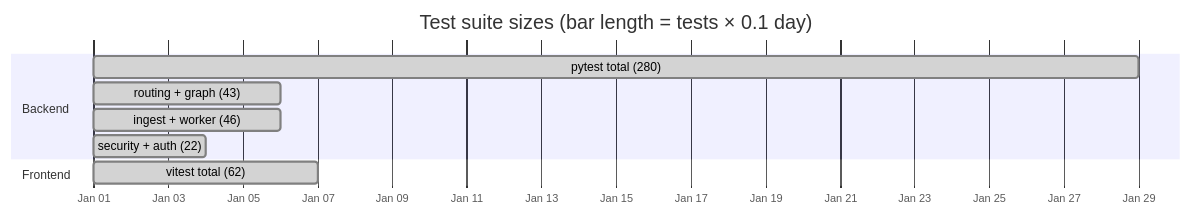
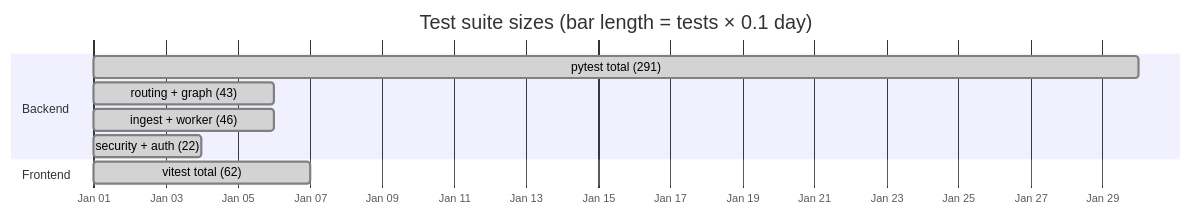
Before and after one commit to sheikhayaan/AUTOPR: the sixth of 8 diagrams in README.md, drawn with Mermaid. The commit also changed other lines of this file and 12 other files, not shown here.

````diff
--- a/README.md
+++ b/README.md
@@ -820,13 +827,13 @@
 ```mermaid
 gantt
     title Test suite sizes (bar length = tests × 0.1 day)
     dateFormat YYYY-MM-DD
     axisFormat %b %d
     section Backend
-    pytest total (280)          :done, a1, 2026-01-01, 28d
+    pytest total (291)          :done, a1, 2026-01-01, 29d
     routing + graph (43)        :done, a2, 2026-01-01, 5d
     ingest + worker (46)        :done, a3, 2026-01-01, 5d
     security + auth (22)        :done, a4, 2026-01-01, 3d
     section Frontend
     vitest total (62)           :done, b1, 2026-01-01, 6d
 ```
````
